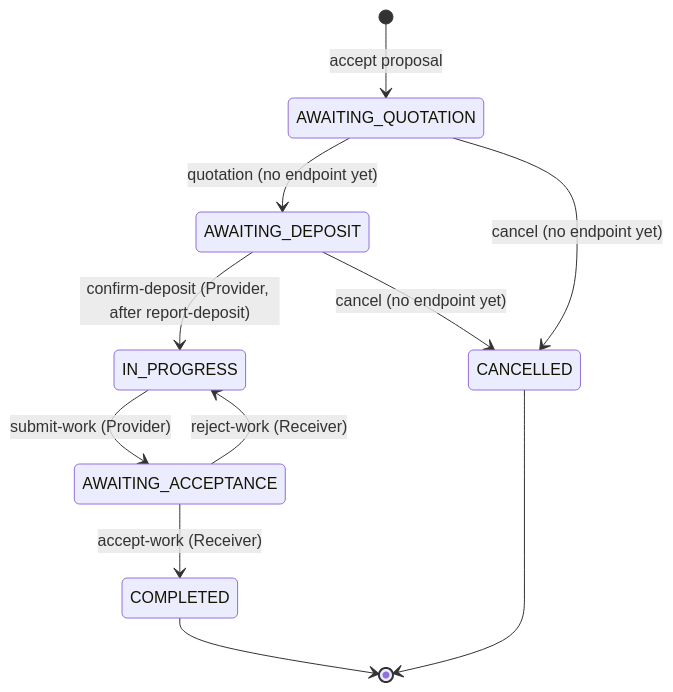
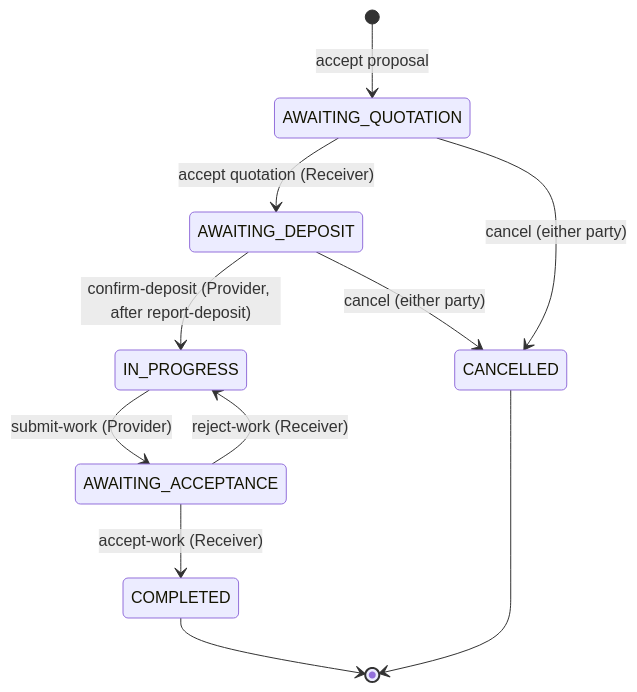
Before and after one commit to taofuuu/MangoDB: the first of 16 diagrams in docs/api/projects.md, drawn with Mermaid. The commit also changed other lines of this file and 31 other files, not shown here.

First line of the commit message:
docs(api): document quotation and cancel endpoints, restyle UML API diagrams

````diff
--- a/docs/api/projects.md
+++ b/docs/api/projects.md
@@ -42,13 +48,13 @@
 ```mermaid
 stateDiagram-v2
     [*] --> AWAITING_QUOTATION : accept proposal
-    AWAITING_QUOTATION --> AWAITING_DEPOSIT : quotation (no endpoint yet)
-    AWAITING_QUOTATION --> CANCELLED : cancel (no endpoint yet)
+    AWAITING_QUOTATION --> AWAITING_DEPOSIT : accept quotation (Receiver)
+    AWAITING_QUOTATION --> CANCELLED : cancel (either party)
     AWAITING_DEPOSIT --> IN_PROGRESS : confirm-deposit (Provider, after report-deposit)
-    AWAITING_DEPOSIT --> CANCELLED : cancel (no endpoint yet)
+    AWAITING_DEPOSIT --> CANCELLED : cancel (either party)
     IN_PROGRESS --> AWAITING_ACCEPTANCE : submit-work (Provider)
     AWAITING_ACCEPTANCE --> IN_PROGRESS : reject-work (Receiver)
     AWAITING_ACCEPTANCE --> COMPLETED : accept-work (Receiver)
     COMPLETED --> [*]
     CANCELLED --> [*]
 ```
````
